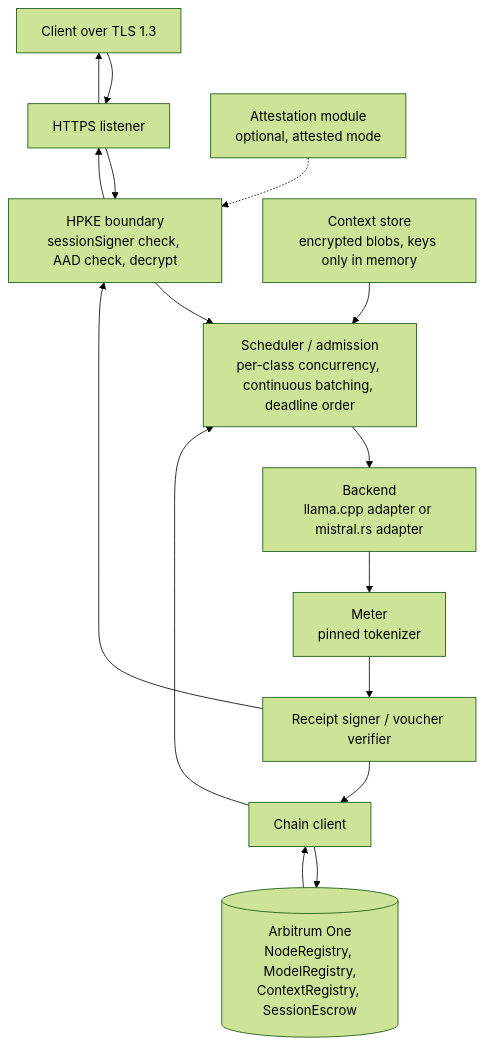
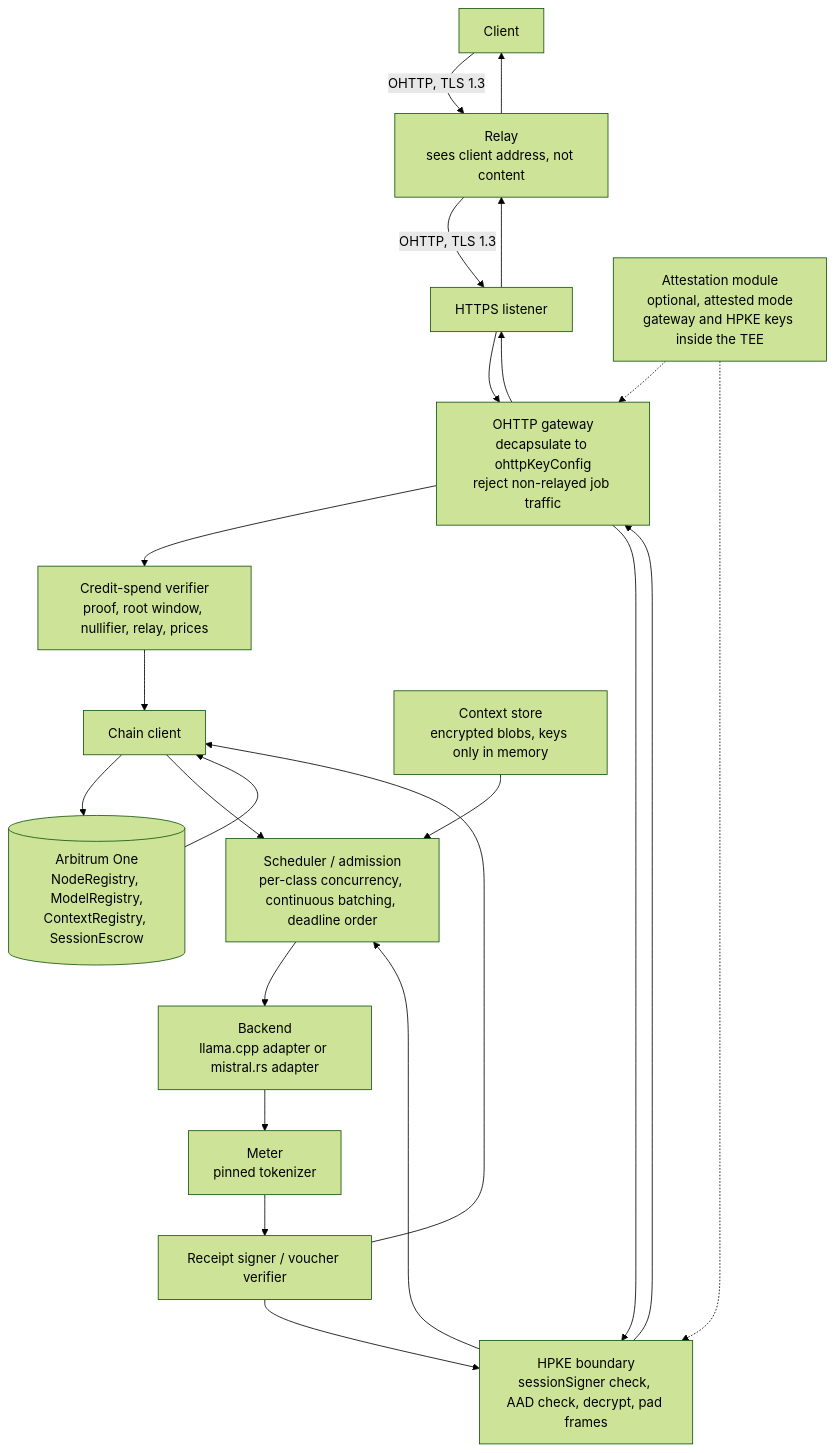
Before and after one commit to Comuns-ai/comuns: the first of 2 diagrams in docs/node/node-design.md, drawn with Mermaid (forest theme). The commit also changed other lines of this file and 43 other files, not shown here.

First line of the commit message:
docs: make Comuns anonymous by default with TEE for content privacy

````diff
--- a/docs/node/node-design.md
+++ b/docs/node/node-design.md
@@ -50,18 +55,25 @@
 ```mermaid
 flowchart TD
-    CL[Client over TLS 1.3] --> L[HTTPS listener]
-    L --> H[HPKE boundary<br/>sessionSigner check, AAD check, decrypt]
+    CL[Client] -->|OHTTP, TLS 1.3| RL[Relay<br/>sees client address, not content]
+    RL -->|OHTTP, TLS 1.3| L[HTTPS listener]
+    L --> G[OHTTP gateway<br/>decapsulate to ohttpKeyConfig<br/>reject non-relayed job traffic]
+    G --> V[Credit-spend verifier<br/>proof, root window, nullifier, relay, prices]
+    V --> CC
+    G --> H[HPKE boundary<br/>sessionSigner check, AAD check, decrypt, pad frames]
     H --> S[Scheduler / admission<br/>per-class concurrency, continuous batching, deadline order]
     S --> B[Backend<br/>llama.cpp adapter or mistral.rs adapter]
     B --> M[Meter<br/>pinned tokenizer]
     M --> R[Receipt signer / voucher verifier]
     R --> H
-    H --> L
-    L --> CL
+    H --> G
+    G --> L
+    L --> RL
+    RL --> CL
     CS[Context store<br/>encrypted blobs, keys only in memory] --> S
     CC[Chain client] --> CH[(Arbitrum One<br/>NodeRegistry, ModelRegistry,<br/>ContextRegistry, SessionEscrow)]
     CH --> CC
     CC --> S
     R --> CC
-    A[Attestation module<br/>optional, attested mode] -.-> H
+    A[Attestation module<br/>optional, attested mode<br/>gateway and HPKE keys inside the TEE] -.-> G
+    A -.-> H
 ```
````
